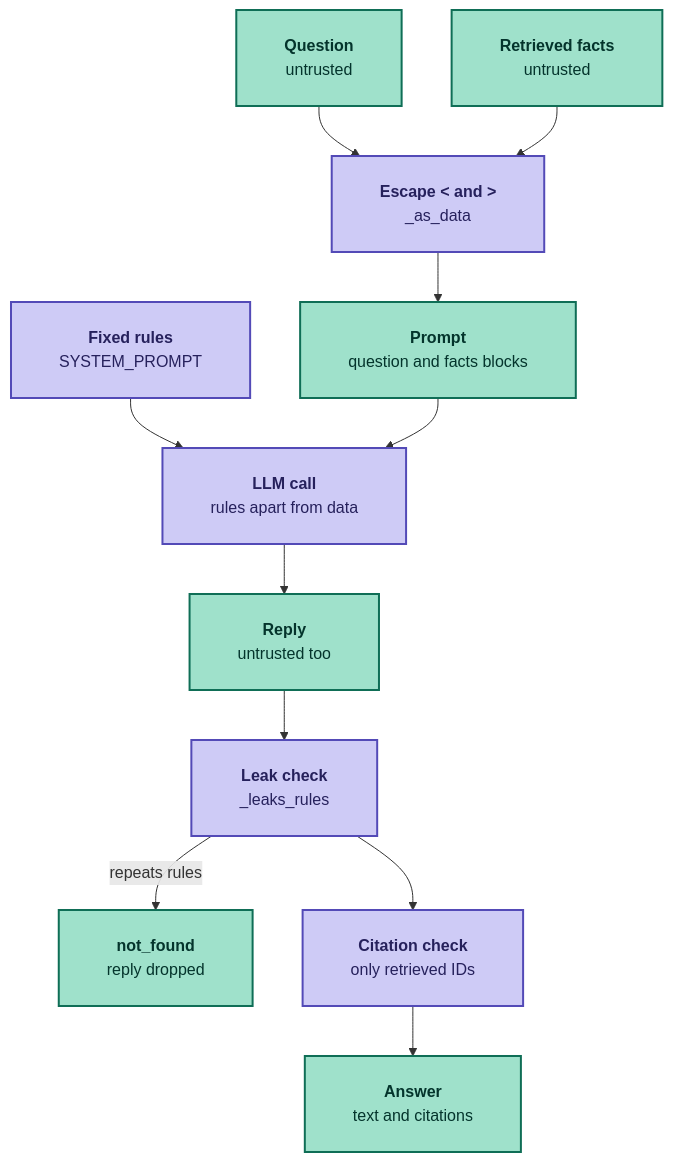
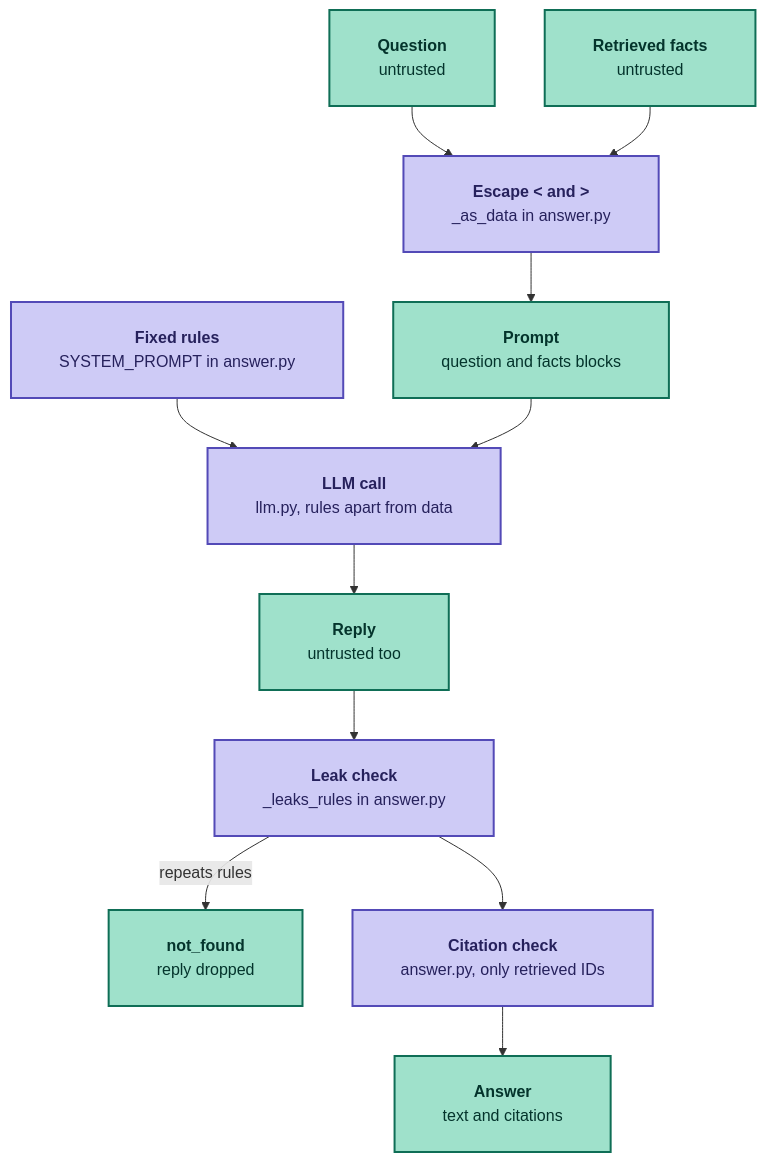
One commit to jbb-codes/attack-graph-rag changed the diagram in docs/learning/issue-08-prompt-injection-defenses.md. Above: the diagram before and after it, drawn with Mermaid. The commit also changed other lines of this file and 1 other file, not shown here.

First line of the commit message:
docs(learning): explain the issue 8 diagram step by step

````diff
--- a/docs/learning/issue-08-prompt-injection-defenses.md
+++ b/docs/learning/issue-08-prompt-injection-defenses.md
@@ -14,34 +20,34 @@
 ```mermaid
 ---
 config:
   flowchart:
     padding: 24
     wrappingWidth: 300
 ---
 flowchart TD
   Q["`**Question**
   untrusted`"] --> ESC["`**Escape < and >**
-  _as_data`"]
+  _as_data in answer.py`"]
   F["`**Retrieved facts**
   untrusted`"] --> ESC
   ESC --> P["`**Prompt**
   question and facts blocks`"]
   R["`**Fixed rules**
-  SYSTEM_PROMPT`"] --> LLM["`**LLM call**
-  rules apart from data`"]
+  SYSTEM_PROMPT in answer.py`"] --> LLM["`**LLM call**
+  llm.py, rules apart from data`"]
   P --> LLM
   LLM --> REP["`**Reply**
   untrusted too`"]
   REP --> LEAK["`**Leak check**
-  _leaks_rules`"]
+  _leaks_rules in answer.py`"]
   LEAK -->|repeats rules| NF["`**not_found**
   reply dropped`"]
   LEAK --> CIT["`**Citation check**
-  only retrieved IDs`"]
+  answer.py, only retrieved IDs`"]
   CIT --> OUT["`**Answer**
   text and citations`"]
   classDef data fill:#9FE1CB,stroke:#0F6E56,stroke-width:2px,color:#04342C
   classDef code fill:#CECBF6,stroke:#534AB7,stroke-width:2px,color:#26215C
   class Q,F,P,REP,NF,OUT data
   class ESC,R,LLM,LEAK,CIT code
 ```
````
